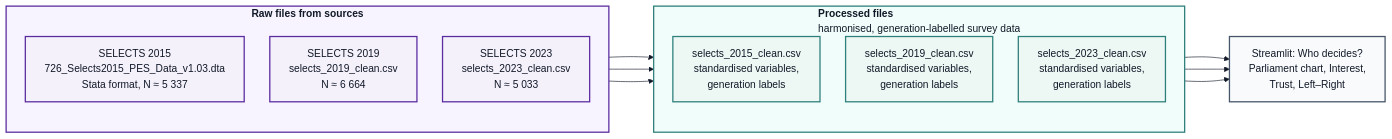
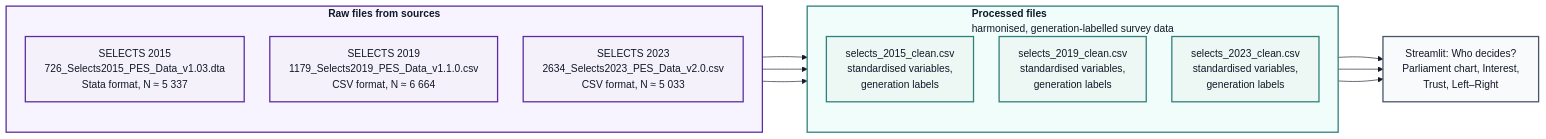
Before and after one commit to javi36/PODSV_Visualisierungsprojekt: the first of 3 diagrams in docs/01_data_report.qmd, drawn with Mermaid. The commit also changed other lines of this file, not shown here.

````diff
--- a/docs/01_data_report.qmd
+++ b/docs/01_data_report.qmd
@@ -64,57 +71,57 @@
 ```{mermaid}
 %%{init: {
   "flowchart": {
     "curve": "basis",
     "nodeSpacing": 40,
     "rankSpacing": 70
   },
   "theme": "base",
   "themeVariables": {
     "fontFamily": "Arial",
     "primaryTextColor": "#111827",
     "lineColor": "#111827"
   }
 }}%%
 
 flowchart LR
 
     %% =========================
     %% RAW FILES
     %% =========================
     subgraph RAW["<b>Raw files from sources</b>"]
         direction TB
         A["SELECTS 2015<br/>726_Selects2015_PES_Data_v1.03.dta<br/>Stata format, N ≈ 5 337"]
-        B["SELECTS 2019<br/>selects_2019_clean.csv<br/>N ≈ 6 664"]
-        C["SELECTS 2023<br/>selects_2023_clean.csv<br/>N ≈ 5 033"]
+        B["SELECTS 2019<br/>1179_Selects2019_PES_Data_v1.1.0.csv<br/>CSV format, N ≈ 6 664"]
+        C["SELECTS 2023<br/>2634_Selects2023_PES_Data_v2.0.csv<br/>CSV format, N ≈ 5 033"]
     end
 
     %% =========================
     %% PROCESSED FILES
     %% =========================
     subgraph PROC["<b>Processed files</b><br/>harmonised, generation-labelled survey data"]
         direction TB
         D["selects_2015_clean.csv<br/>standardised variables,<br/>generation labels"]
         E["selects_2019_clean.csv<br/>standardised variables,<br/>generation labels"]
         F["selects_2023_clean.csv<br/>standardised variables,<br/>generation labels"]
     end
 
     G["Streamlit: Who decides?<br/>Parliament chart, Interest,<br/>Trust, Left–Right"]
 
     A --> D
     B --> E
     C --> F
     D --> G
     E --> G
     F --> G
 
     classDef rawNode fill:#f4f1fb,stroke:#5b2ca0,stroke-width:2px,color:#111827;
     classDef procNode fill:#edf8f5,stroke:#2f7f7b,stroke-width:2px,color:#111827;
     classDef appNode fill:#f8fafc,stroke:#475569,stroke-width:2px,color:#111827;
 
     class A,B,C rawNode;
     class D,E,F procNode;
     class G appNode;
 
     style RAW fill:#f7f4ff,stroke:#5b2ca0,stroke-width:2px,color:#111827;
     style PROC fill:#f0fdfa,stroke:#2f7f7b,stroke-width:2px,color:#111827;
 ```
````
